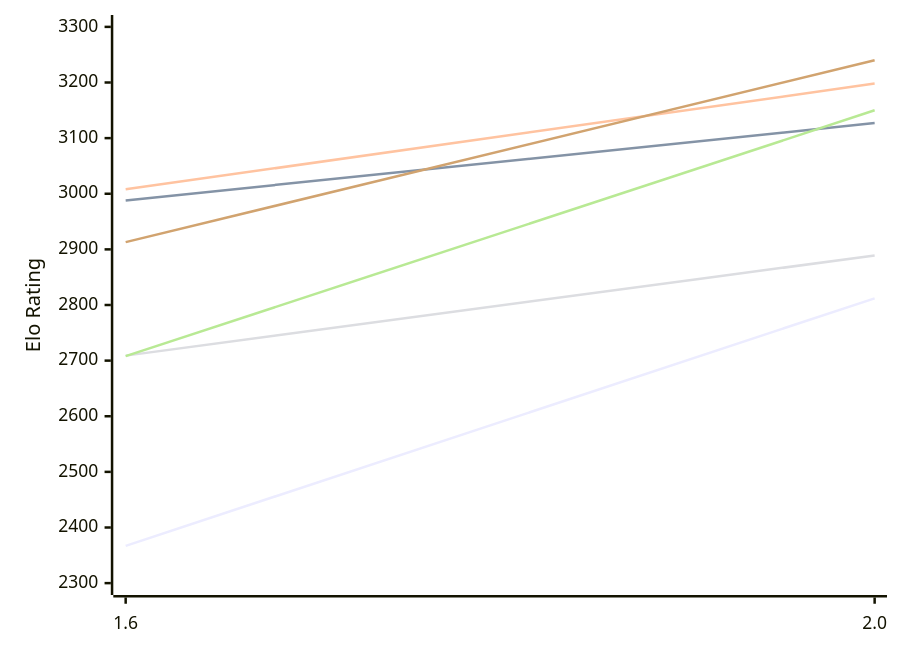
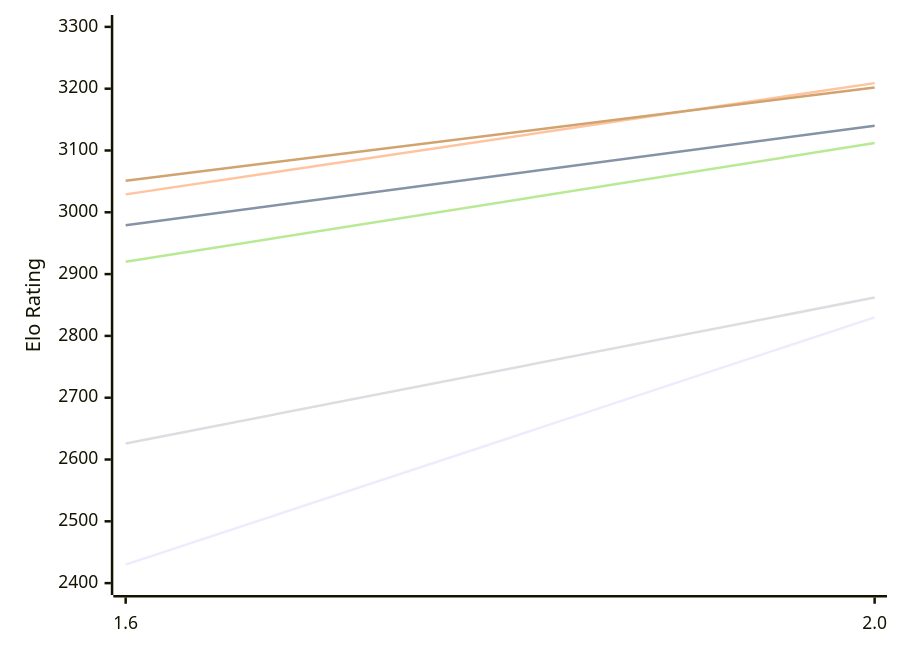
Before and after one commit to computer-chess-index/cci: the first of 2 diagrams in engines/Onyx.md, drawn with Mermaid. The commit also changed other lines of this file, not shown here.

Commit message:
Update CCI Ratings (ELO VLTC) - 2026-11-14

````diff
--- a/engines/Onyx.md
+++ b/engines/Onyx.md
@@ -50,12 +50,12 @@
 ```mermaid
 %%{init: {"theme":"base","themeVariables":{"seriesColors:['#a3a3a3','#222221','#faa371']}}}%%
 xychart-beta
   x-axis ["1.6", "2.0"]
-  y-axis "Elo Rating" 2300 --> 3300
-  line "E1: STC (8.0+0.08s)" [2367, 2812]
-  line "E1: LTC (60.0+0.60s)" [2988, 3127]
-  line "E1: VLTC (2m24s+1.12s)" [3008, 3198]
-  line "P1: STC (8.0+0.08s)" [2709, 2889]
-  line "P1: LTC (60.0+0.60s)" [2708, 3150]
-  line "P1: VLTC (2m24s+1.12s)" [2913, 3240]
+  y-axis "Elo Rating" 2400 --> 3300
+  line "E1: STC (8.0+0.08s)" [2430, 2830]
+  line "E1: LTC (60.0+0.60s)" [2979, 3140]
+  line "E1: VLTC (2m24s+1.12s)" [3029, 3209]
+  line "P1: STC (8.0+0.08s)" [2626, 2862]
+  line "P1: LTC (60.0+0.60s)" [2920, 3112]
+  line "P1: VLTC (2m24s+1.12s)" [3051, 3202]
 ```
````
